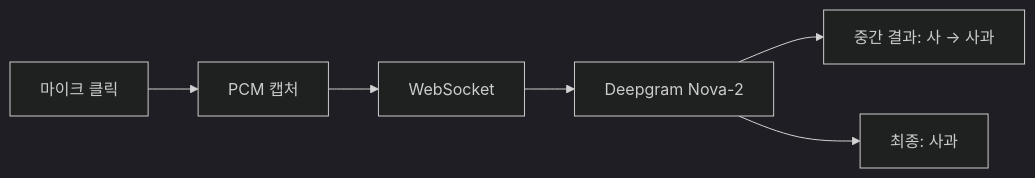
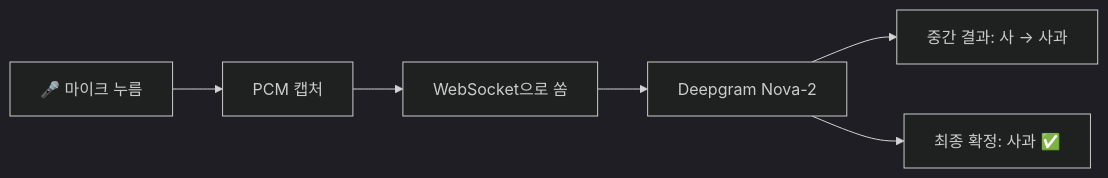
Before and after one commit to Technoetic/word-chain-game: the third of 7 diagrams in README.md, drawn with Mermaid (dark theme). The commit also changed other lines of this file, not shown here.

````diff
--- a/README.md
+++ b/README.md
@@ -64,6 +64,6 @@
 ```mermaid
 flowchart LR
-    A["마이크 클릭"] --> B["PCM 캡처"] --> C["WebSocket"] --> D["Deepgram Nova-2"]
+    A["🎤 마이크 누름"] --> B["PCM 캡처"] --> C["WebSocket으로 쏨"] --> D["Deepgram Nova-2"]
     D --> E["중간 결과: 사 → 사과"]
-    D --> F["최종: 사과"]
+    D --> F["최종 확정: 사과 ✅"]
 ```
````
